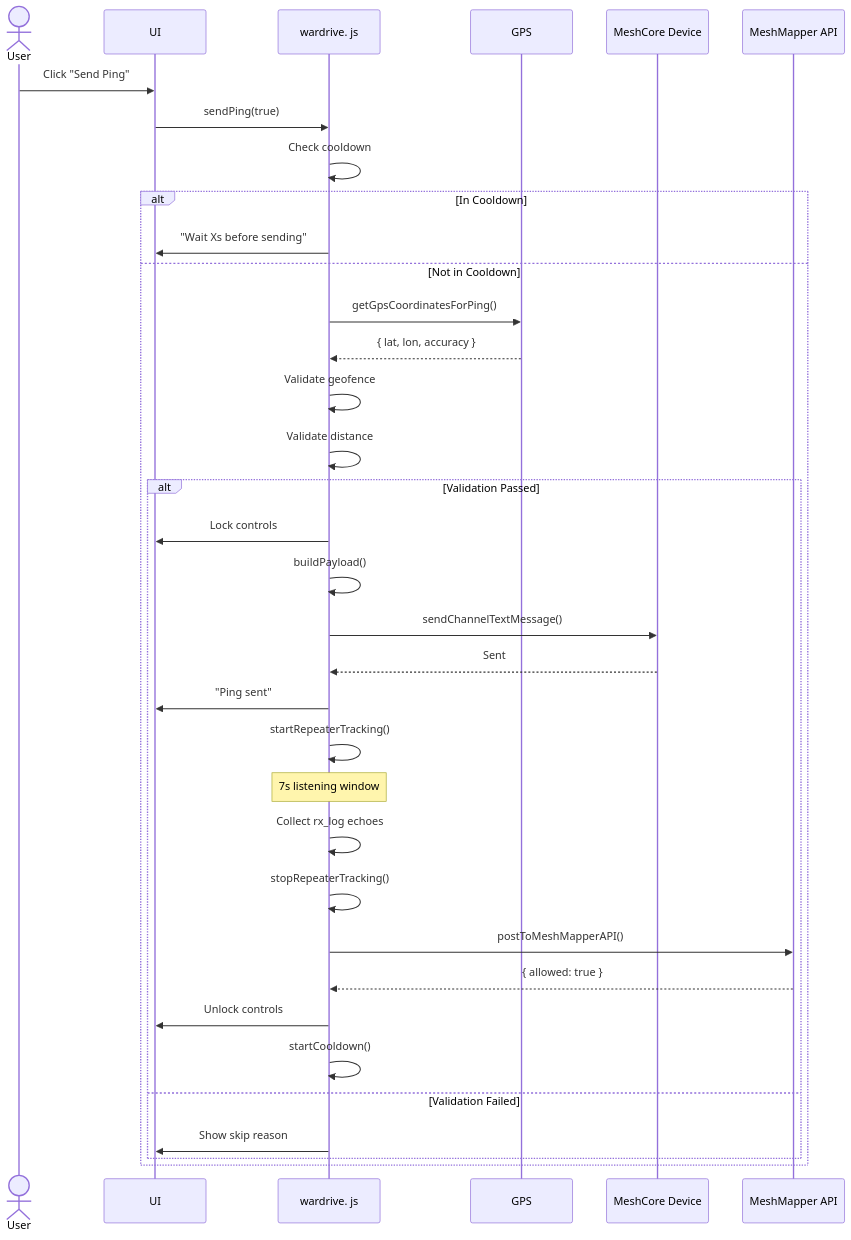
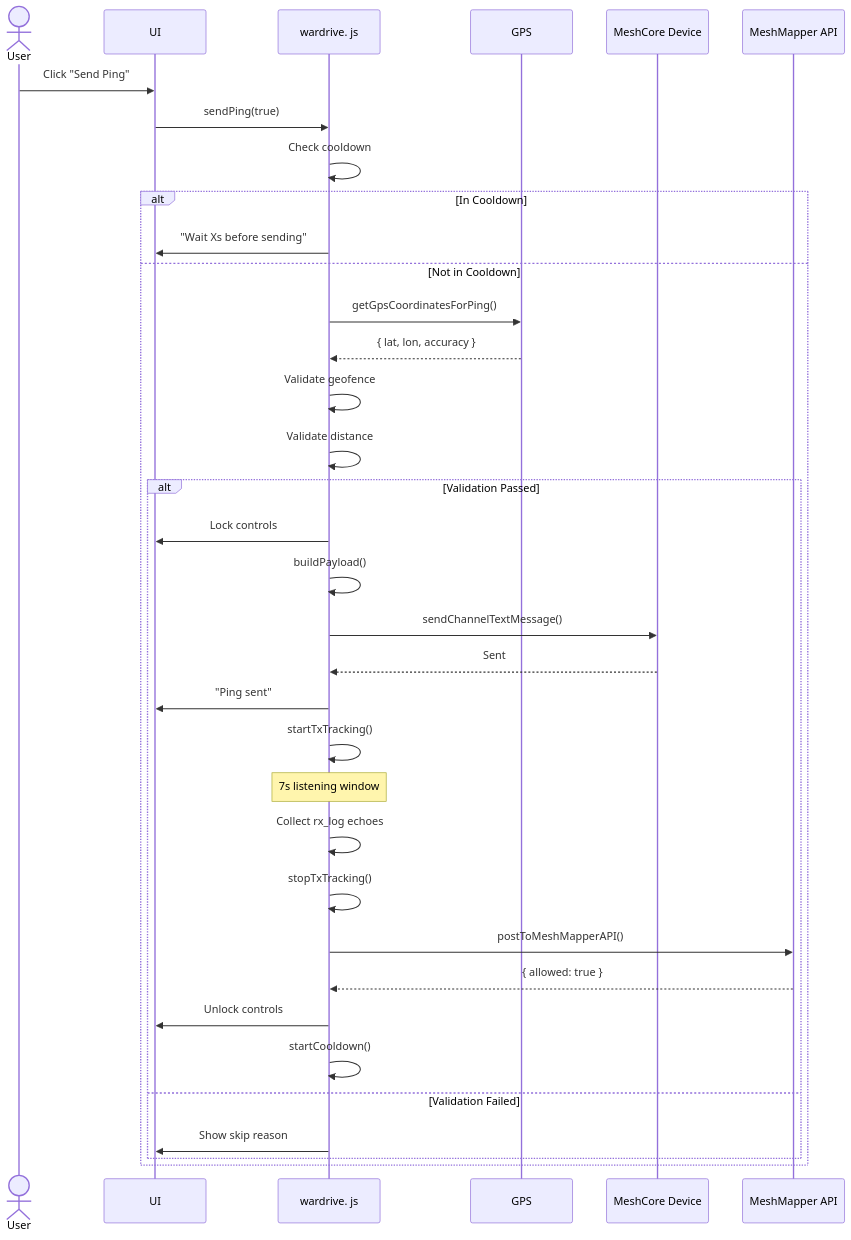
The first of 3 diagrams in docs/PING_WORKFLOW.md (MeshMapper/MeshMapper_WebClient), drawn with Mermaid before and after one commit. The commit also changed other lines of this file and 4 other files, not shown here.

````diff
--- a/docs/PING_WORKFLOW.md
+++ b/docs/PING_WORKFLOW.md
@@ -389,44 +389,44 @@
 ```mermaid
 sequenceDiagram
     actor User
     participant UI
     participant App as wardrive. js
     participant GPS
     participant Device as MeshCore Device
     participant API as MeshMapper API
 
     User->>UI: Click "Send Ping"
     UI->>App: sendPing(true)
     
     App->>App: Check cooldown
     alt In Cooldown
         App->>UI: "Wait Xs before sending"
     else Not in Cooldown
         App->>GPS: getGpsCoordinatesForPing()
         GPS-->>App: { lat, lon, accuracy }
         
         App->>App: Validate geofence
         App->>App: Validate distance
         
         alt Validation Passed
             App->>UI: Lock controls
             App->>App: buildPayload()
             App->>Device: sendChannelTextMessage()
             Device-->>App:  Sent
             App->>UI: "Ping sent"
             
-            App->>App: startRepeaterTracking()
+            App->>App: startTxTracking()
             Note over App:  7s listening window
             App->>App: Collect rx_log echoes
             
-            App->>App: stopRepeaterTracking()
+            App->>App: stopTxTracking()
             App->>API: postToMeshMapperAPI()
             API-->>App: { allowed: true }
             
             App->>UI: Unlock controls
             App->>App: startCooldown()
         else Validation Failed
             App->>UI: Show skip reason
         end
     end
 ```
````
